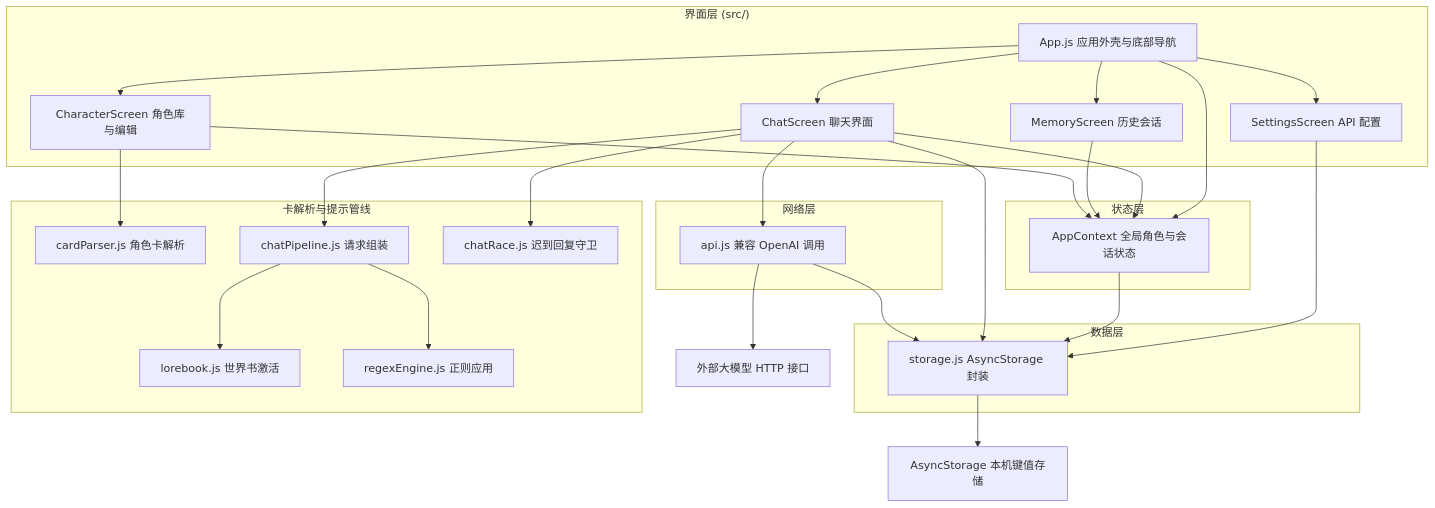
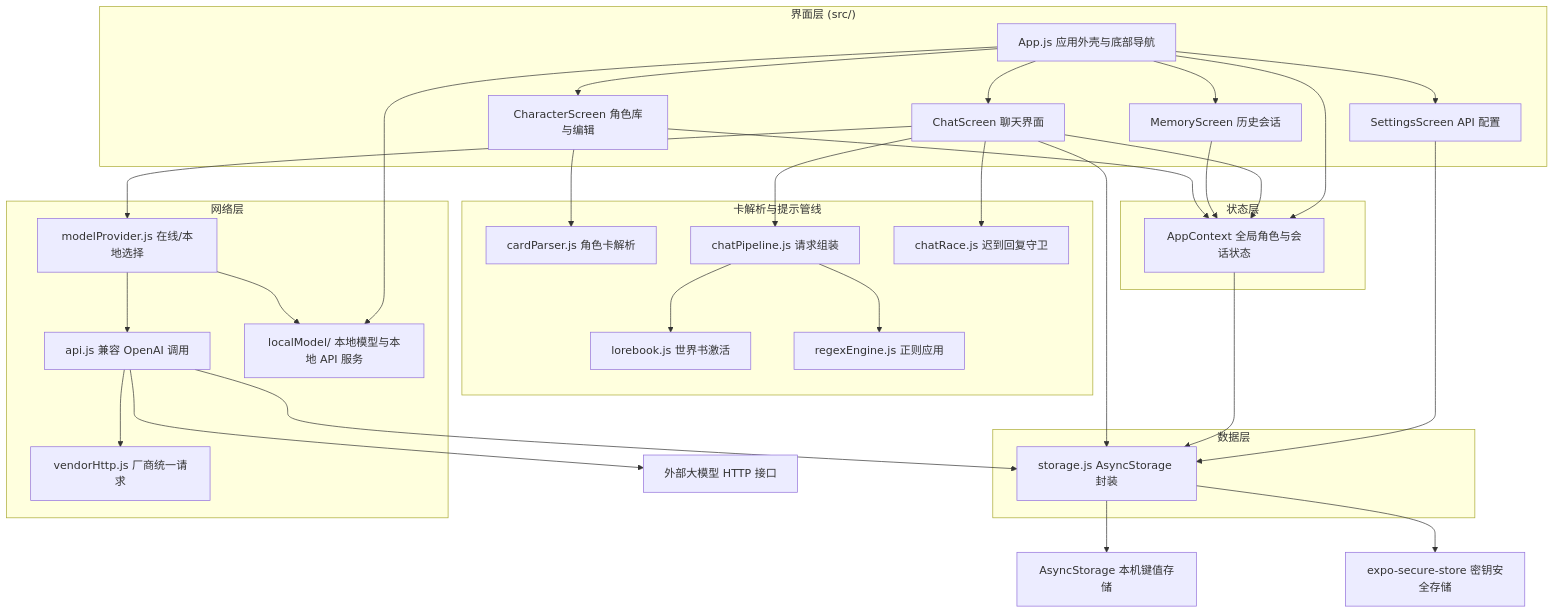
The first of 3 diagrams in .monkeycode/docs/ARCHITECTURE.md (pppxxxy/easychat2), drawn with Mermaid before and after one commit. The commit also changed other lines of this file and 8 other files, not shown here.

First line of the commit message:
docs: sync ARCHITECTURE/INTERFACES/模块 pages with main after A-line refactor

````diff
--- a/.monkeycode/docs/ARCHITECTURE.md
+++ b/.monkeycode/docs/ARCHITECTURE.md
@@ -237,49 +358,58 @@
 ```mermaid
 flowchart TB
     subgraph UI["界面层 (src/)"]
         App["App.js 应用外壳与底部导航"]
         Chat["ChatScreen 聊天界面"]
         Memory["MemoryScreen 历史会话"]
         Character["CharacterScreen 角色库与编辑"]
         Settings["SettingsScreen API 配置"]
     end
     subgraph STATE["状态层"]
         Context["AppContext 全局角色与会话状态"]
     end
     subgraph DATA["数据层"]
         Storage["storage.js AsyncStorage 封装"]
     end
     subgraph PIPE["卡解析与提示管线"]
         Parser["cardParser.js 角色卡解析"]
         Lore["lorebook.js 世界书激活"]
         Regex["regexEngine.js 正则应用"]
         Pipeline["chatPipeline.js 请求组装"]
         Race["chatRace.js 迟到回复守卫"]
     end
     subgraph NET["网络层"]
         Api["api.js 兼容 OpenAI 调用"]
+        Vendor["vendorHttp.js 厂商统一请求"]
+        Provider["modelProvider.js 在线/本地选择"]
+        LocalApi["localModel/ 本地模型与本地 API 服务"]
     end
     Device["AsyncStorage 本机键值存储"]
+    Secure["expo-secure-store 密钥安全存储"]
     LLM["外部大模型 HTTP 接口"]
 
     App --> Chat
     App --> Memory
     App --> Character
     App --> Settings
     App --> Context
+    App --> LocalApi
     Chat --> Context
     Memory --> Context
     Character --> Context
     Settings --> Storage
     Context --> Storage
     Chat --> Storage
     Chat --> Pipeline
     Character --> Parser
     Pipeline --> Lore
     Pipeline --> Regex
-    Chat --> Api
+    Chat --> Provider
+    Provider --> Api
+    Provider --> LocalApi
+    Api --> Vendor
     Chat --> Race
     Api --> Storage
     Storage --> Device
+    Storage --> Secure
     Api --> LLM
 ```
````
